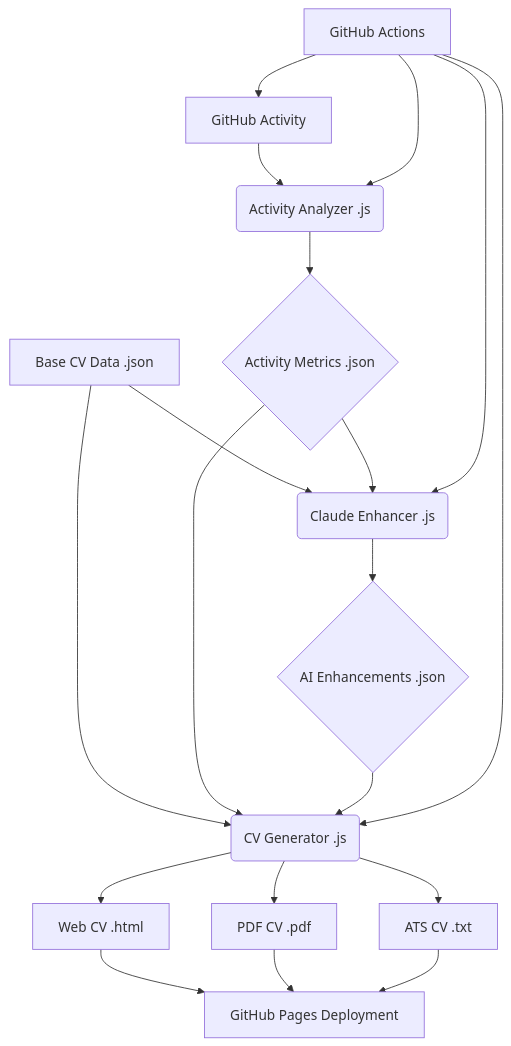
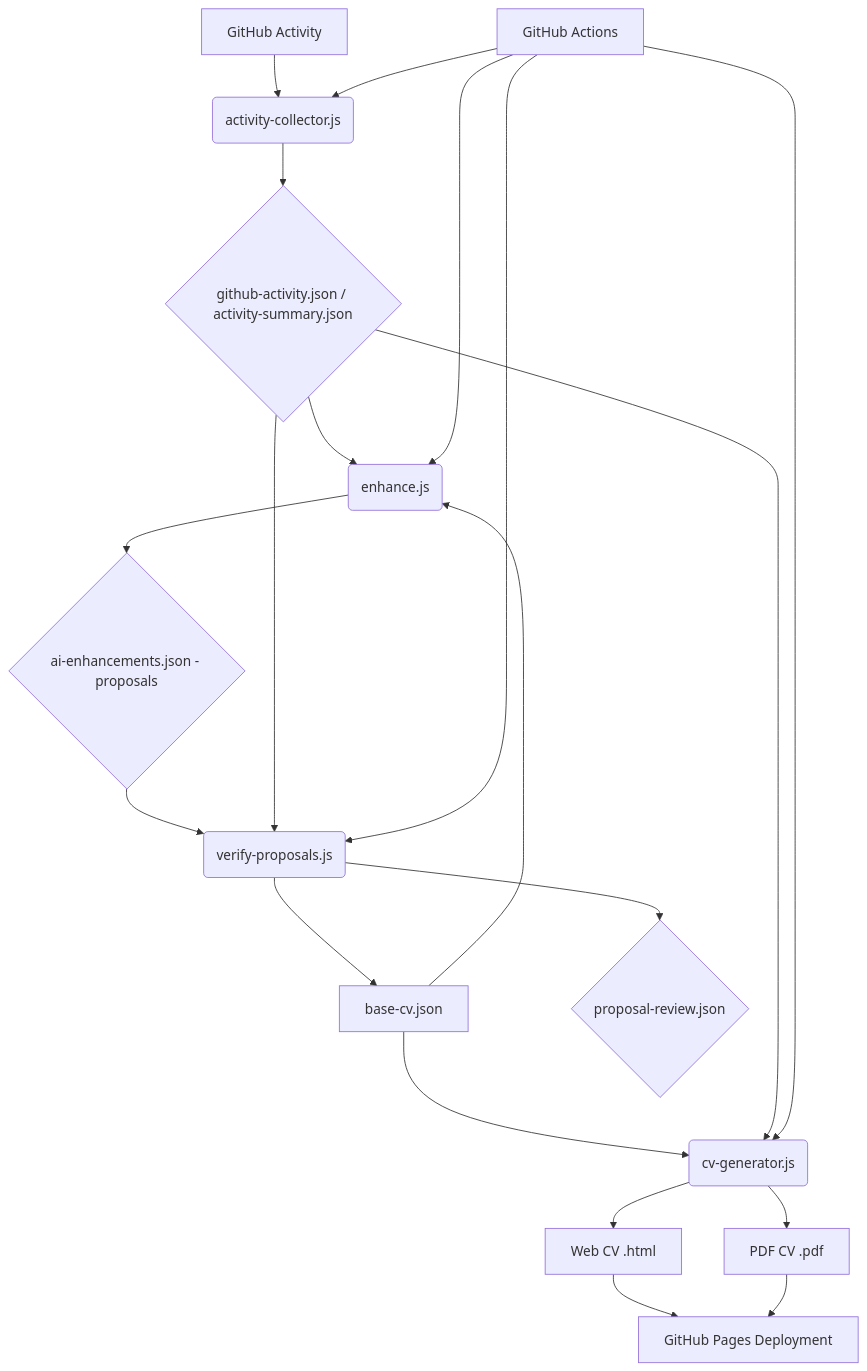
One commit to adrianwedd/cv changed the diagram in docs/architecture.md. Above: the diagram before and after it, drawn with Mermaid. The commit also changed other lines of this file and 12 other files, not shown here.

````diff
--- a/docs/architecture.md
+++ b/docs/architecture.md
@@ -16,21 +17,22 @@
 ```mermaid
 graph TD
-    A[GitHub Activity] --> B(Activity Analyzer .js)
-    B --> C{Activity Metrics .json}
-    D[Base CV Data .json] --> E(Claude Enhancer .js)
+    A[GitHub Activity] --> B(activity-collector.js)
+    B --> C{github-activity.json / activity-summary.json}
+    D[base-cv.json] --> E(enhance.js)
     C --> E
-    E --> F{AI Enhancements .json}
-    D --> G(CV Generator .js)
+    E --> F{ai-enhancements.json - proposals}
+    F --> V(verify-proposals.js)
+    C --> V
+    V --> D
+    V --> R{proposal-review.json}
+    D --> G(cv-generator.js)
     C --> G
-    F --> G
     G --> H[Web CV .html]
     G --> I[PDF CV .pdf]
-    G --> J[ATS CV .txt]
-    K[GitHub Actions] --> A
-    K --> B
+    K[GitHub Actions] --> B
     K --> E
+    K --> V
     K --> G
     H --> L[GitHub Pages Deployment]
     I --> L
-    J --> L
 ```
````
